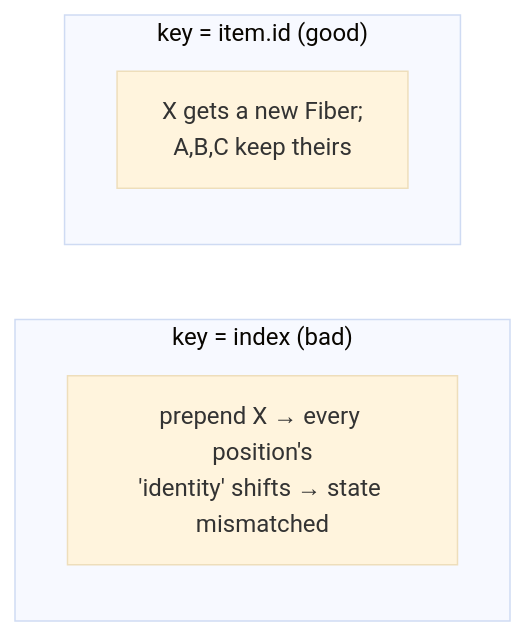
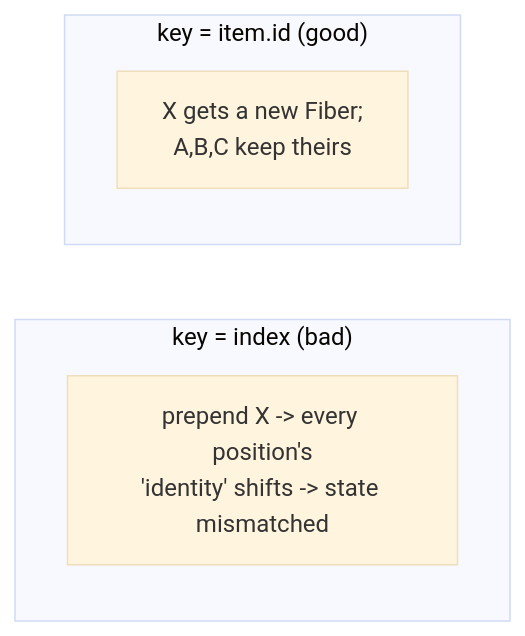
One commit to ashishxcode/frontend-internals changed the second of 3 diagrams in packages/content/content/06-reconciliation.mdx. Above: the diagram before and after it, drawn with Mermaid (base theme). The commit also changed other lines of this file and 29 other files, not shown here.

Commit message:
rewrite: roadmap engineer-to-engineer + all 34 chapters new spec

````diff
--- a/packages/content/content/06-reconciliation.mdx
+++ b/packages/content/content/06-reconciliation.mdx
@@ -118,11 +40,11 @@
 ```mermaid
 flowchart LR
   subgraph indexkey["key = index (bad)"]
     direction TB
-    i["prepend X → every position's<br/>'identity' shifts → state mismatched"]
+    i["prepend X -> every position's<br/>'identity' shifts -> state mismatched"]
   end
   subgraph idkey["key = item.id (good)"]
     direction TB
     g["X gets a new Fiber;<br/>A,B,C keep theirs"]
   end
 ```
````
